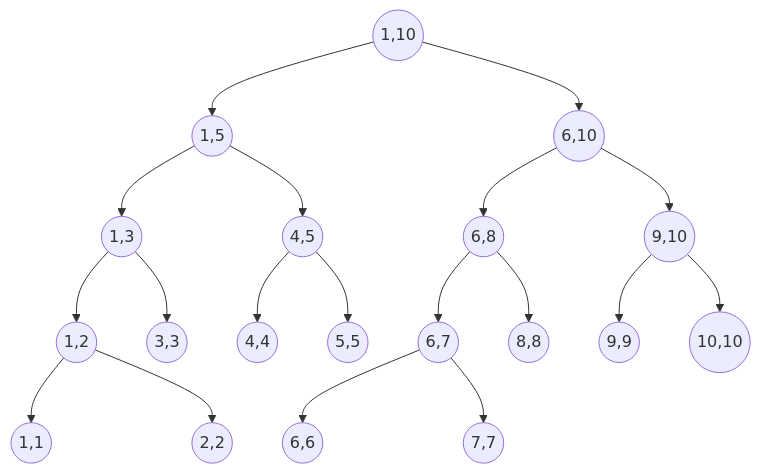
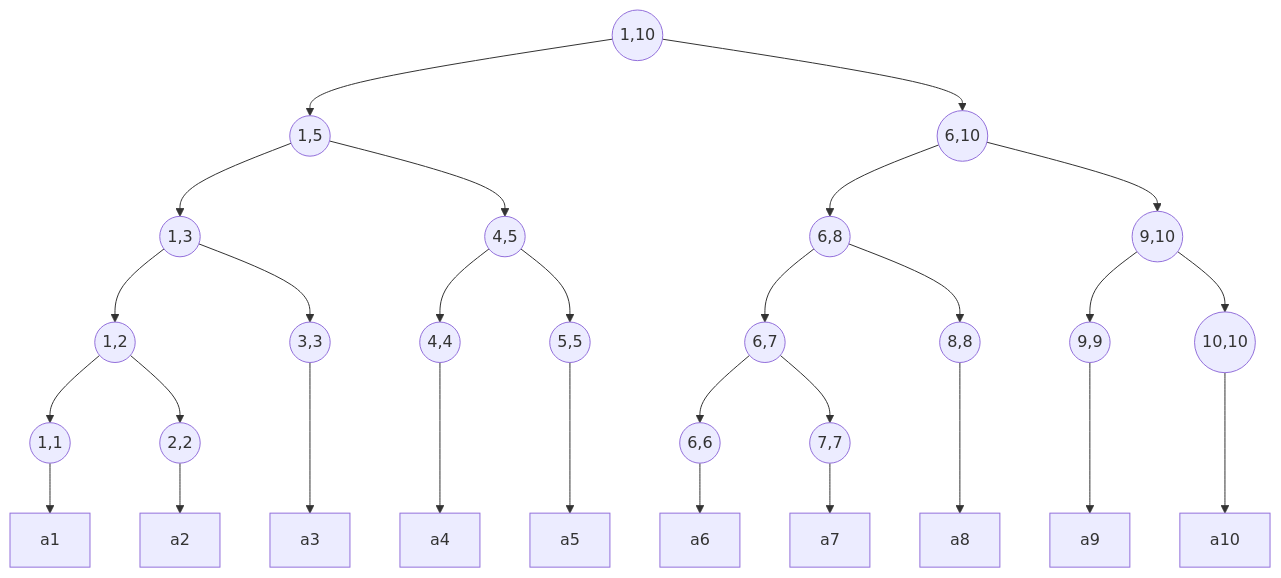
The diagram in algorithm/211105.md (zeronsama/blog), drawn with Mermaid before and after one commit. The commit also changed other lines of this file, not shown here.

````diff
--- a/algorithm/211105.md
+++ b/algorithm/211105.md
@@ -11,13 +11,14 @@
 ```mermaid
 flowchart TD
-1((1,10))-->2((1,5))-->4((1,3))-->8((1,2))-->16((1,1))
-1-->3((6,10))-->6((6,8))-->12((6,7))-->24((6,6))
-2-->5((4,5))-->10((4,4))
-3-->7((9,10))-->14((9,9))
-4-->9((3,3))
-5-->11((5,5))
-6-->13((8,8))
-7-->15((10,10))
-8-->17((2,2))
-12-->25((7,7))
+
+1((1,10))-->2((1,5))-->4((1,3))-->8((1,2))-->16((1,1))-->a1
+1-->3((6,10))-->6((6,8))-->12((6,7))-->24((6,6))-->a6
+2-->5((4,5))-->10((4,4))--->a4
+3-->7((9,10))-->14((9,9))--->a9
+4-->9((3,3))--->a3
+5-->11((5,5))--->a5
+6-->13((8,8))--->a8
+7-->15((10,10))--->a10
+8-->17((2,2))-->a2
+12-->25((7,7))-->a7
 ```
````
